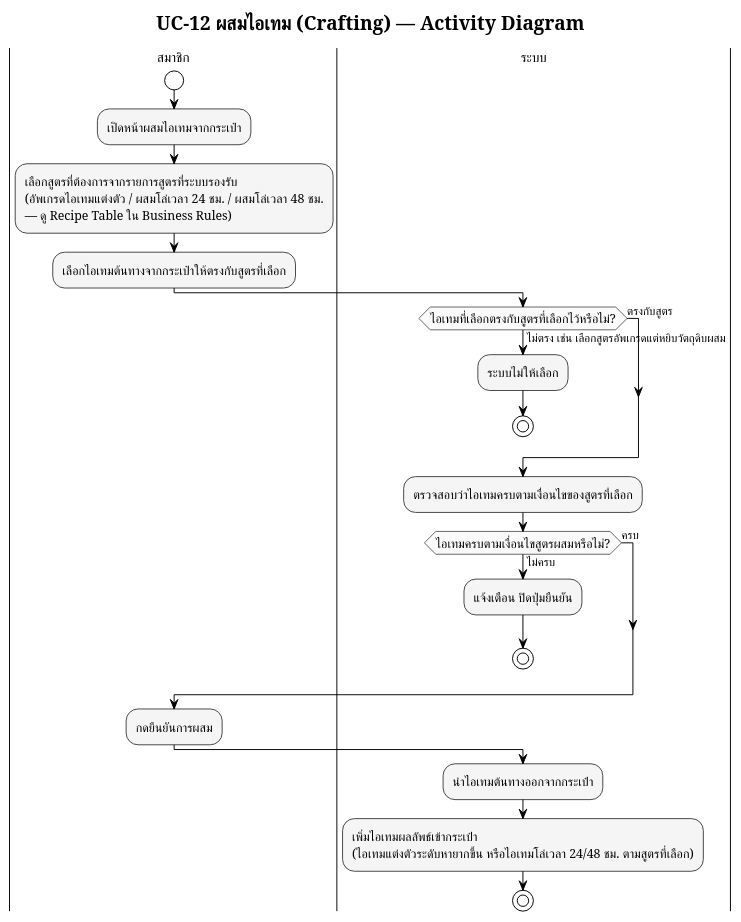
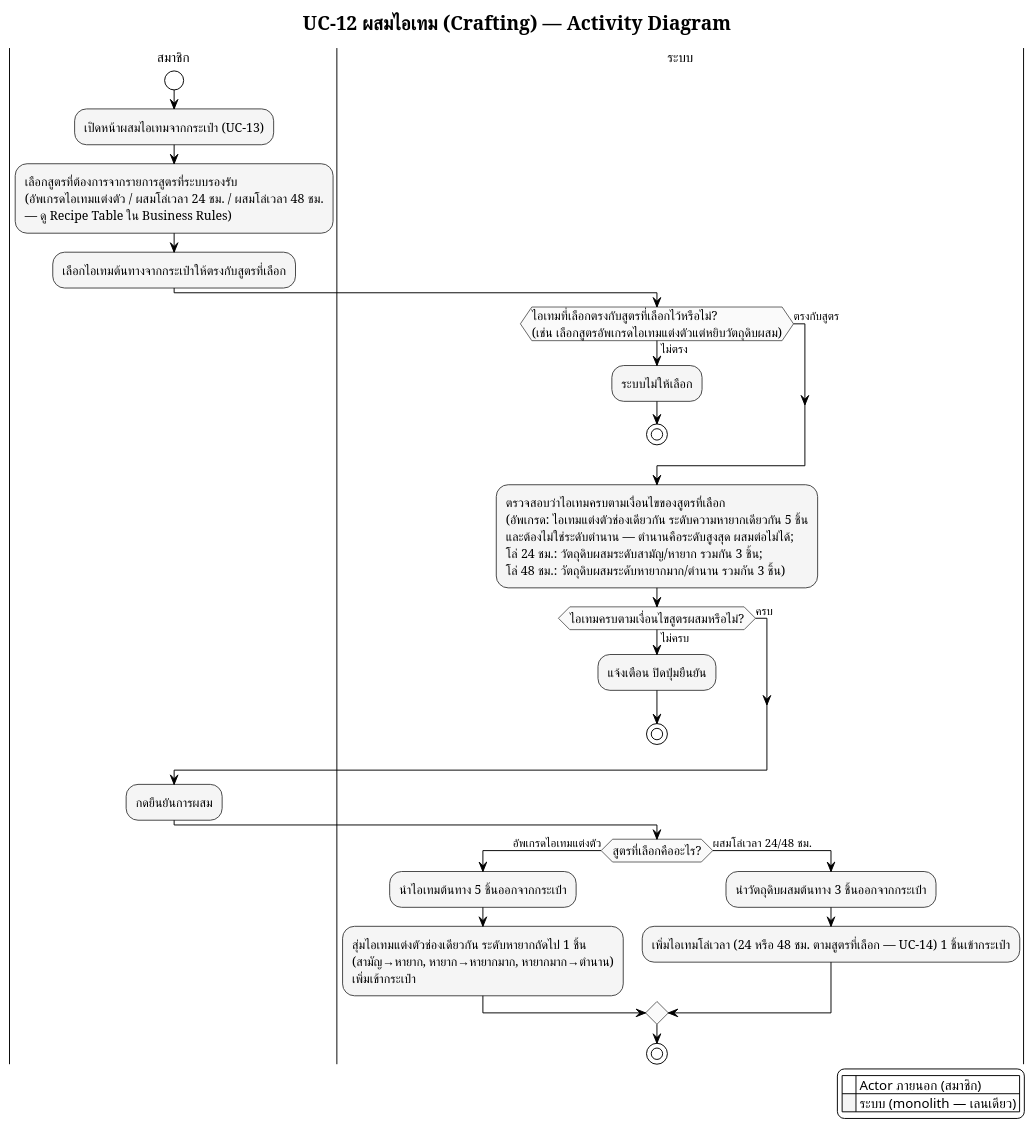
The diagram in proposal/usecase/activity_module3_uc12.puml (popotaroman-cloud/dssiprj-pad), drawn with PlantUML before and after one commit. The commit also changed 55 other files, not shown here.

```diff
--- a/proposal/usecase/activity_module3_uc12.puml
+++ b/proposal/usecase/activity_module3_uc12.puml
@@ -1,56 +1,66 @@
 @startuml M3_activity_ผสมไอเทม
 !pragma layout smetana
 skinparam defaultFontName "TH Sarabun New"
 skinparam defaultFontSize 14
 
 !theme plain
 skinparam titleFontName "TH Sarabun New"
 skinparam titleFontSize 20
 skinparam noteFontName "TH Sarabun New"
 skinparam ArrowFontName "TH Sarabun New"
 skinparam ArrowFontSize 12
 skinparam swimlaneTitleFontName "TH Sarabun New"
 skinparam swimlaneTitleFontSize 14
 
 skinparam activity {
   BackgroundColor #F5F5F5
   BorderColor #424242
   FontName "TH Sarabun New"
   FontSize 13
   DiamondBackgroundColor #FAFAFA
   DiamondBorderColor #616161
 }
 
 title UC-12 ผสมไอเทม (Crafting) — Activity Diagram
 
 |สมาชิก|
 start
-:เปิดหน้าผสมไอเทมจากกระเป๋า;
+:เปิดหน้าผสมไอเทมจากกระเป๋า (UC-13);
 :เลือกสูตรที่ต้องการจากรายการสูตรที่ระบบรองรับ\n(อัพเกรดไอเทมแต่งตัว / ผสมโล่เวลา 24 ชม. / ผสมโล่เวลา 48 ชม.\n— ดู Recipe Table ใน Business Rules);
 :เลือกไอเทมต้นทางจากกระเป๋าให้ตรงกับสูตรที่เลือก;
 
 |ระบบ|
-if (ไอเทมที่เลือกตรงกับสูตรที่เลือกไว้หรือไม่?) then (ไม่ตรง เช่น เลือกสูตรอัพเกรดแต่หยิบวัตถุดิบผสม)
+if (ไอเทมที่เลือกตรงกับสูตรที่เลือกไว้หรือไม่?\n(เช่น เลือกสูตรอัพเกรดไอเทมแต่งตัวแต่หยิบวัตถุดิบผสม)) then (ไม่ตรง)
   :ระบบไม่ให้เลือก;
   stop
 else (ตรงกับสูตร)
 endif
 
-:ตรวจสอบว่าไอเทมครบตามเงื่อนไขของสูตรที่เลือก;
+:ตรวจสอบว่าไอเทมครบตามเงื่อนไขของสูตรที่เลือก\n(อัพเกรด: ไอเทมแต่งตัวช่องเดียวกัน ระดับความหายากเดียวกัน 5 ชิ้น\nและต้องไม่ใช่ระดับตำนาน — ตำนานคือระดับสูงสุด ผสมต่อไม่ได้;\nโล่ 24 ชม.: วัตถุดิบผสมระดับสามัญ/หายาก รวมกัน 3 ชิ้น;\nโล่ 48 ชม.: วัตถุดิบผสมระดับหายากมาก/ตำนาน รวมกัน 3 ชิ้น);
 
 if (ไอเทมครบตามเงื่อนไขสูตรผสมหรือไม่?) then (ไม่ครบ)
   :แจ้งเตือน ปิดปุ่มยืนยัน;
   stop
 else (ครบ)
 endif
 
 |สมาชิก|
 :กดยืนยันการผสม;
 
 |ระบบ|
-:นำไอเทมต้นทางออกจากกระเป๋า;
-:เพิ่มไอเทมผลลัพธ์เข้ากระเป๋า\n(ไอเทมแต่งตัวระดับหายากขึ้น หรือไอเทมโล่เวลา 24/48 ชม. ตามสูตรที่เลือก);
+if (สูตรที่เลือกคืออะไร?) then (อัพเกรดไอเทมแต่งตัว)
+  :นำไอเทมต้นทาง 5 ชิ้นออกจากกระเป๋า;
+  :สุ่มไอเทมแต่งตัวช่องเดียวกัน ระดับหายากถัดไป 1 ชิ้น\n(สามัญ→หายาก, หายาก→หายากมาก, หายากมาก→ตำนาน)\nเพิ่มเข้ากระเป๋า;
+else (ผสมโล่เวลา 24/48 ชม.)
+  :นำวัตถุดิบผสมต้นทาง 3 ชิ้นออกจากกระเป๋า;
+  :เพิ่มไอเทมโล่เวลา (24 หรือ 48 ชม. ตามสูตรที่เลือก — UC-14) 1 ชิ้นเข้ากระเป๋า;
+endif
 
 stop
 
+legend right
+  |<back:white>    </back>| Actor ภายนอก (สมาชิก) |
+  |<back:#F5F5F5>    </back>| ระบบ (monolith — เลนเดียว) |
+endlegend
+
 @enduml
```
